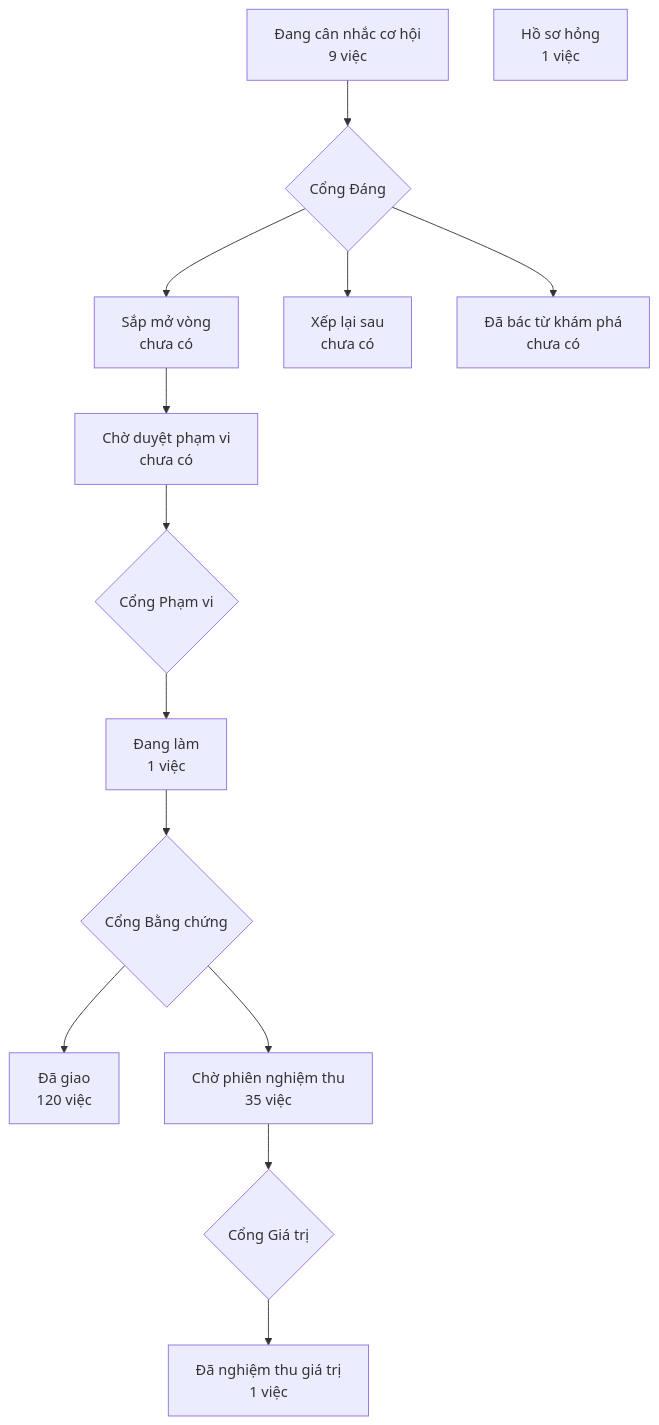
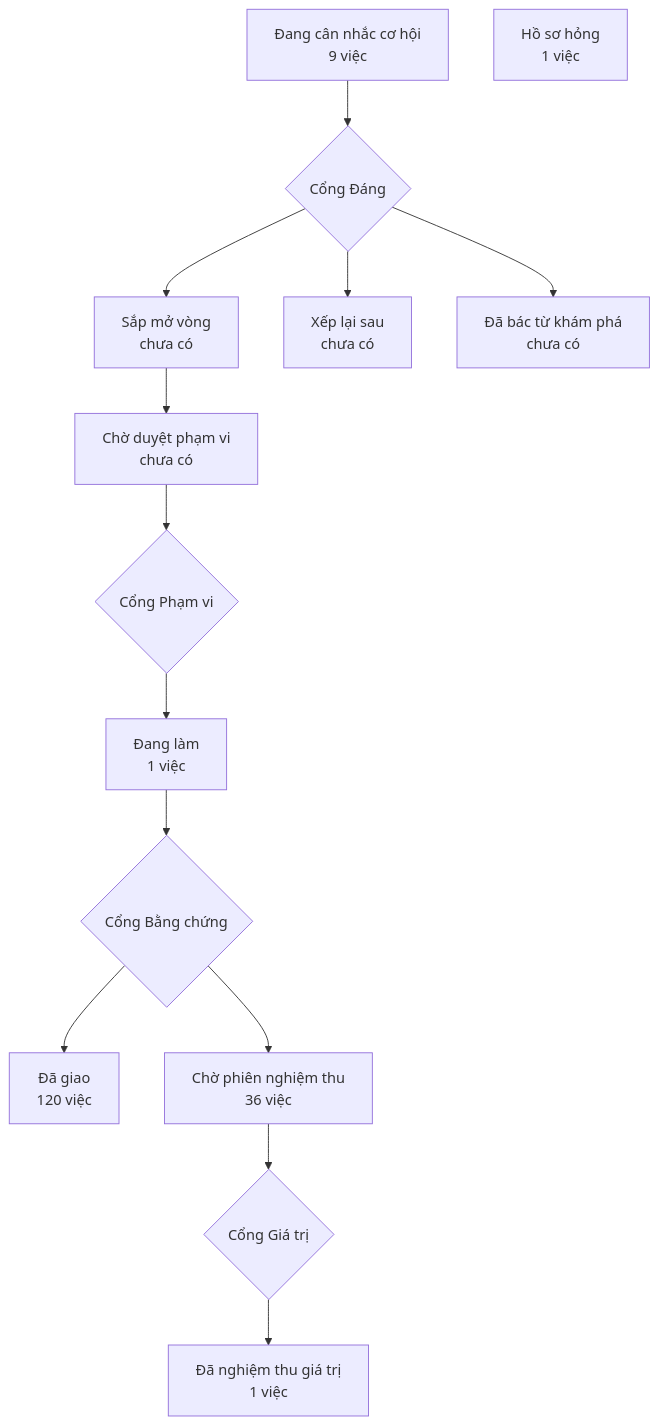
Before and after one commit to phanlemanh/crm-onehub: the diagram in PRODUCT-MAP.md, drawn with Mermaid.

Commit message:
chore: vẽ lại bản đồ sau gộp onehub

````diff
--- a/PRODUCT-MAP.md
+++ b/PRODUCT-MAP.md
@@ -7,13 +7,13 @@
 ```mermaid
 flowchart TD
   A["Đang cân nhắc cơ hội<br/>9 việc"] --> GD{"Cổng Đáng"}
   GD --> B["Sắp mở vòng<br/>chưa có"]
   GD --> XL["Xếp lại sau<br/>chưa có"]
   GD --> DB["Đã bác từ khám phá<br/>chưa có"]
   B --> CD["Chờ duyệt phạm vi<br/>chưa có"] --> GP{"Cổng Phạm vi"}
   GP --> DL["Đang làm<br/>1 việc"] --> GB{"Cổng Bằng chứng"}
   GB --> DG["Đã giao<br/>120 việc"]
-  GB --> CN["Chờ phiên nghiệm thu<br/>35 việc"] --> GG{"Cổng Giá trị"}
+  GB --> CN["Chờ phiên nghiệm thu<br/>36 việc"] --> GG{"Cổng Giá trị"}
   GG --> NT["Đã nghiệm thu giá trị<br/>1 việc"]
   HS["Hồ sơ hỏng<br/>1 việc"]
 ```
````
